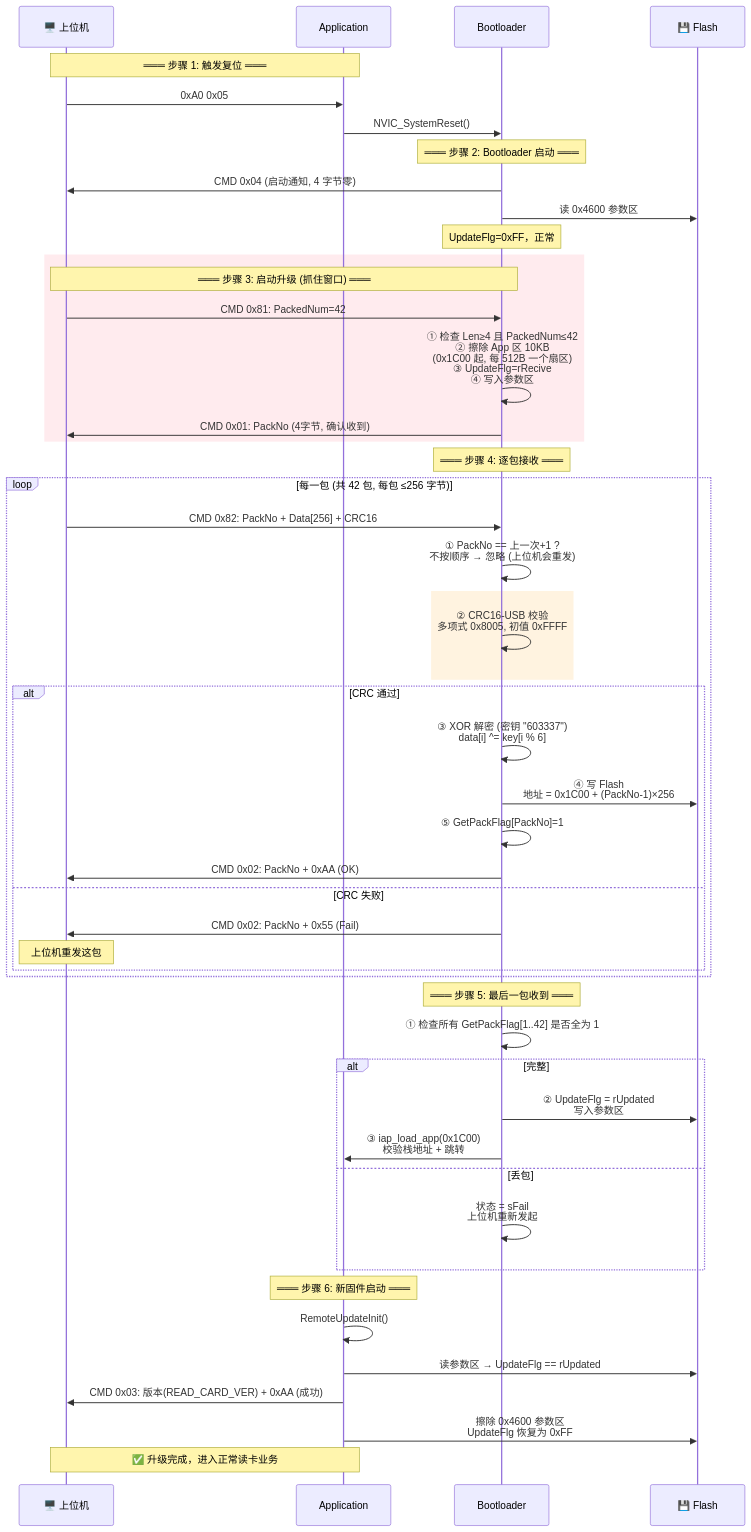
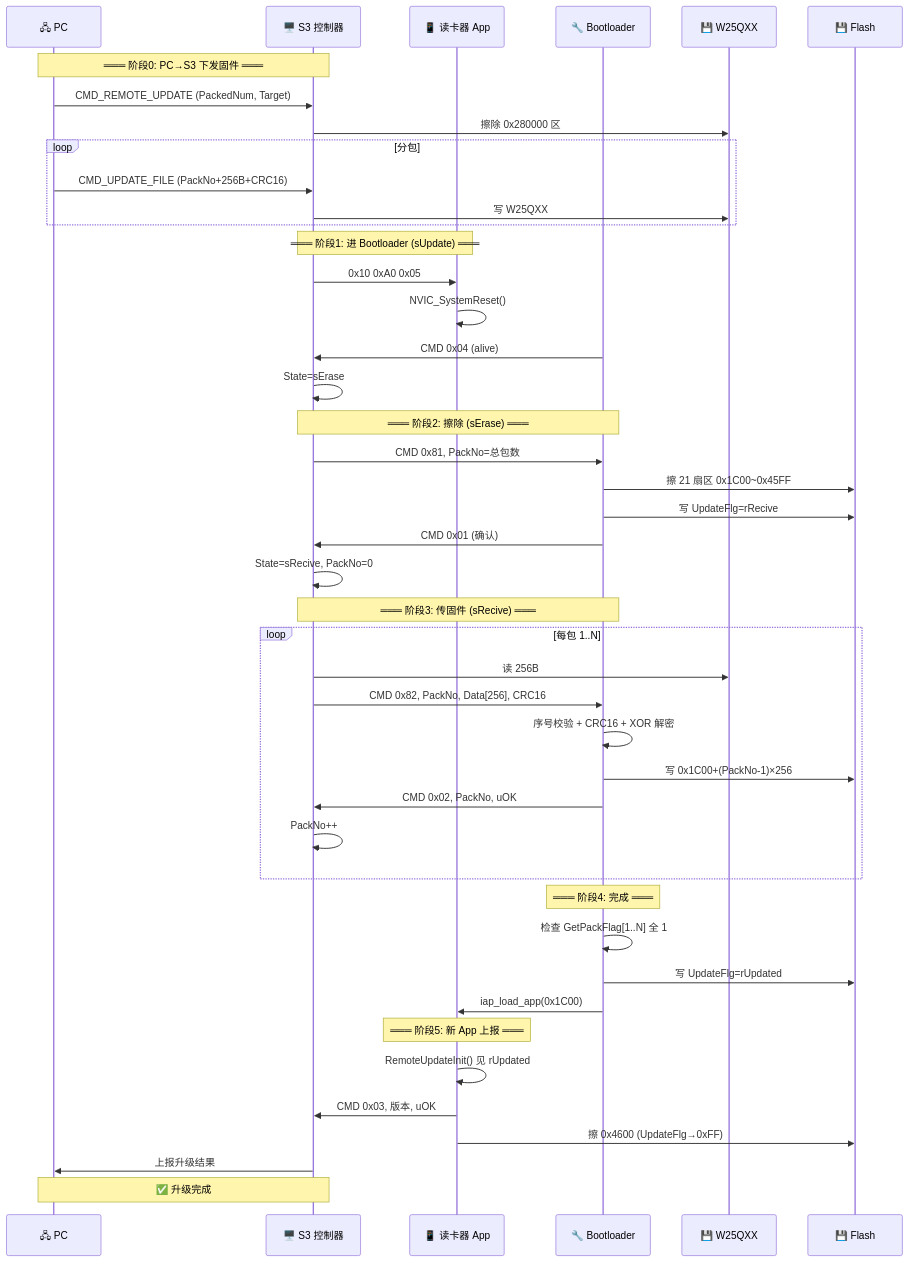
Before and after one commit to Siaiai/ObsidianNote: diagram 14 of 16 in 工作/SR3读卡器/260802SR3读卡器需求.md, drawn with Mermaid. The commit also changed other lines of this file and 3 other files, not shown here.

````diff
--- a/工作/SR3读卡器/260802SR3读卡器需求.md
+++ b/工作/SR3读卡器/260802SR3读卡器需求.md
@@ -702,60 +511,52 @@
 ```mermaid
 sequenceDiagram
-    participant Host as 🖥️ 上位机
-    participant App as Application
-    participant BL as Bootloader
-    participant Flash as 💾 Flash
+    participant PC as 🖧 PC
+    participant S3 as 🖥️ S3 控制器
+    participant App as 📱 读卡器 App
+    participant BL as 🔧 Bootloader
+    participant W25 as 💾 W25QXX
+    participant FL as 💾 Flash
 
-    Note over Host,App: ═══ 步骤 1: 触发复位 ═══
-    Host->>App: 0xA0 0x05
-    App->>BL: NVIC_SystemReset()
-
-    Note over BL: ═══ 步骤 2: Bootloader 启动 ═══
-    BL->>Host: CMD 0x04 (启动通知, 4 字节零)
-    BL->>Flash: 读 0x4600 参数区
-    Note over BL: UpdateFlg=0xFF，正常
-
-    rect rgb(255, 235, 238)
-        Note over Host,BL: ═══ 步骤 3: 启动升级 (抓住窗口) ═══
-        Host->>BL: CMD 0x81: PackedNum=42
-        BL->>BL: ① 检查 Len≥4 且 PackedNum≤42<br/>② 擦除 App 区 10KB<br/>   (0x1C00 起, 每 512B 一个扇区)<br/>③ UpdateFlg=rRecive<br/>④ 写入参数区
-        BL->>Host: CMD 0x01: PackNo (4字节, 确认收到)
+    Note over PC,S3: ═══ 阶段0: PC→S3 下发固件 ═══
+    PC->>S3: CMD_REMOTE_UPDATE (PackedNum, Target)
+    S3->>W25: 擦除 0x280000 区
+    loop 分包
+        PC->>S3: CMD_UPDATE_FILE (PackNo+256B+CRC16)
+        S3->>W25: 写 W25QXX
     end
 
-    Note over BL: ═══ 步骤 4: 逐包接收 ═══
-    loop 每一包 (共 42 包, 每包 ≤256 字节)
-        Host->>BL: CMD 0x82: PackNo + Data[256] + CRC16
+    Note over S3,App: ═══ 阶段1: 进 Bootloader (sUpdate) ═══
+    S3->>App: 0x10 0xA0 0x05
+    App->>App: NVIC_SystemReset()
+    BL->>S3: CMD 0x04 (alive)
+    S3->>S3: State=sErase
 
-        BL->>BL: ① PackNo == 上一次+1 ?<br/>   不按顺序 → 忽略 (上位机会重发)
+    Note over S3,BL: ═══ 阶段2: 擦除 (sErase) ═══
+    S3->>BL: CMD 0x81, PackNo=总包数
+    BL->>FL: 擦 21 扇区 0x1C00~0x45FF
+    BL->>FL: 写 UpdateFlg=rRecive
+    BL->>S3: CMD 0x01 (确认)
+    S3->>S3: State=sRecive, PackNo=0
 
-        rect rgb(255, 243, 224)
-            BL->>BL: ② CRC16-USB 校验<br/>   多项式 0x8005, 初值 0xFFFF
-        end
-
-        alt CRC 通过
-            BL->>BL: ③ XOR 解密 (密钥 "603337")<br/>   data[i] ^= key[i % 6]
-            BL->>Flash: ④ 写 Flash<br/>   地址 = 0x1C00 + (PackNo-1)×256
-            BL->>BL: ⑤ GetPackFlag[PackNo]=1
-            BL->>Host: CMD 0x02: PackNo + 0xAA (OK)
-        else CRC 失败
-            BL->>Host: CMD 0x02: PackNo + 0x55 (Fail)
-            Note over Host: 上位机重发这包
-        end
+    Note over S3,BL: ═══ 阶段3: 传固件 (sRecive) ═══
+    loop 每包 1..N
+        S3->>W25: 读 256B
+        S3->>BL: CMD 0x82, PackNo, Data[256], CRC16
+        BL->>BL: 序号校验 + CRC16 + XOR 解密
+        BL->>FL: 写 0x1C00+(PackNo-1)×256
+        BL->>S3: CMD 0x02, PackNo, uOK
+        S3->>S3: PackNo++
     end
 
-    Note over BL: ═══ 步骤 5: 最后一包收到 ═══
-    BL->>BL: ① 检查所有 GetPackFlag[1..42] 是否全为 1
-    alt 完整
-        BL->>Flash: ② UpdateFlg = rUpdated<br/>   写入参数区
-        BL->>App: ③ iap_load_app(0x1C00)<br/>   校验栈地址 + 跳转
-    else 丢包
-        BL->>BL: 状态 = sFail<br/>上位机重新发起
-    end
+    Note over BL: ═══ 阶段4: 完成 ═══
+    BL->>BL: 检查 GetPackFlag[1..N] 全 1
+    BL->>FL: 写 UpdateFlg=rUpdated
+    BL->>App: iap_load_app(0x1C00)
 
-    Note over App: ═══ 步骤 6: 新固件启动 ═══
-    App->>App: RemoteUpdateInit()
-    App->>Flash: 读参数区 → UpdateFlg == rUpdated
-    App->>Host: CMD 0x03: 版本(READ_CARD_VER) + 0xAA (成功)
-    App->>Flash: 擦除 0x4600 参数区<br/>UpdateFlg 恢复为 0xFF
-    Note over App,Host: ✅ 升级完成，进入正常读卡业务
+    Note over App: ═══ 阶段5: 新 App 上报 ═══
+    App->>App: RemoteUpdateInit() 见 rUpdated
+    App->>S3: CMD 0x03, 版本, uOK
+    App->>FL: 擦 0x4600 (UpdateFlg→0xFF)
+    S3->>PC: 上报升级结果
+    Note over PC,S3: ✅ 升级完成
 ```
````
